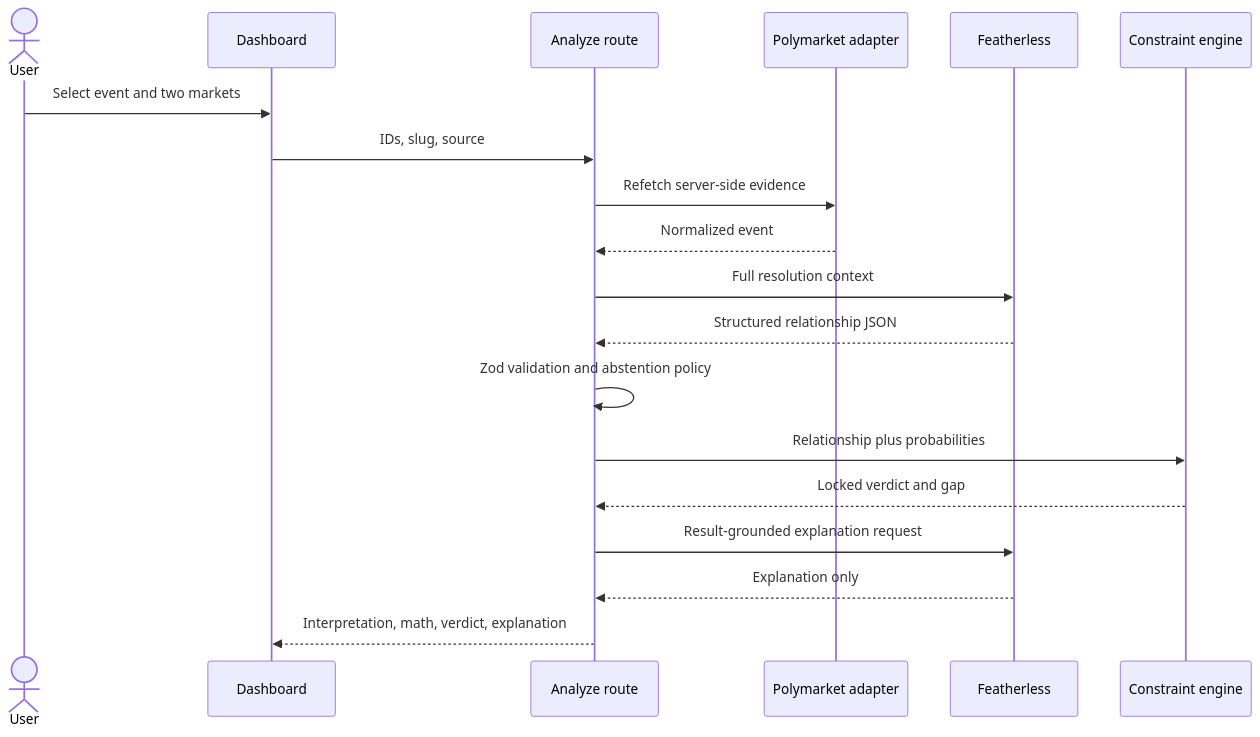
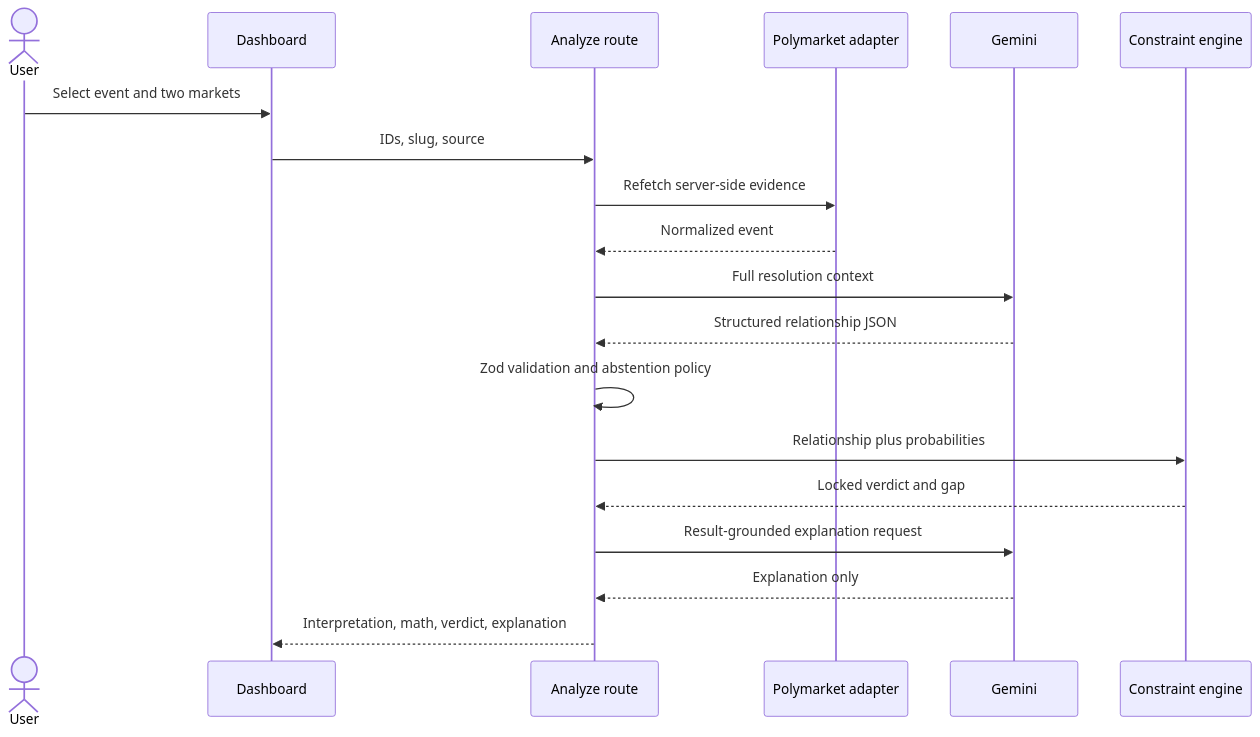
Before and after one commit to Takzin1/SignalForge: the diagram in docs/TECHNICAL_OVERVIEW.md, drawn with Mermaid. The commit also changed other lines of this file and 9 other files, not shown here.

````diff
--- a/docs/TECHNICAL_OVERVIEW.md
+++ b/docs/TECHNICAL_OVERVIEW.md
@@ -11,21 +11,21 @@
 ```mermaid
 sequenceDiagram
     actor User
     participant UI as Dashboard
     participant API as Analyze route
     participant PM as Polymarket adapter
-    participant FL as Featherless
+    participant AI as Gemini
     participant Math as Constraint engine
     User->>UI: Select event and two markets
     UI->>API: IDs, slug, source
     API->>PM: Refetch server-side evidence
     PM-->>API: Normalized event
-    API->>FL: Full resolution context
-    FL-->>API: Structured relationship JSON
+    API->>AI: Full resolution context
+    AI-->>API: Structured relationship JSON
     API->>API: Zod validation and abstention policy
     API->>Math: Relationship plus probabilities
     Math-->>API: Locked verdict and gap
-    API->>FL: Result-grounded explanation request
-    FL-->>API: Explanation only
+    API->>AI: Result-grounded explanation request
+    AI-->>API: Explanation only
     API-->>UI: Interpretation, math, verdict, explanation
 ```
````
